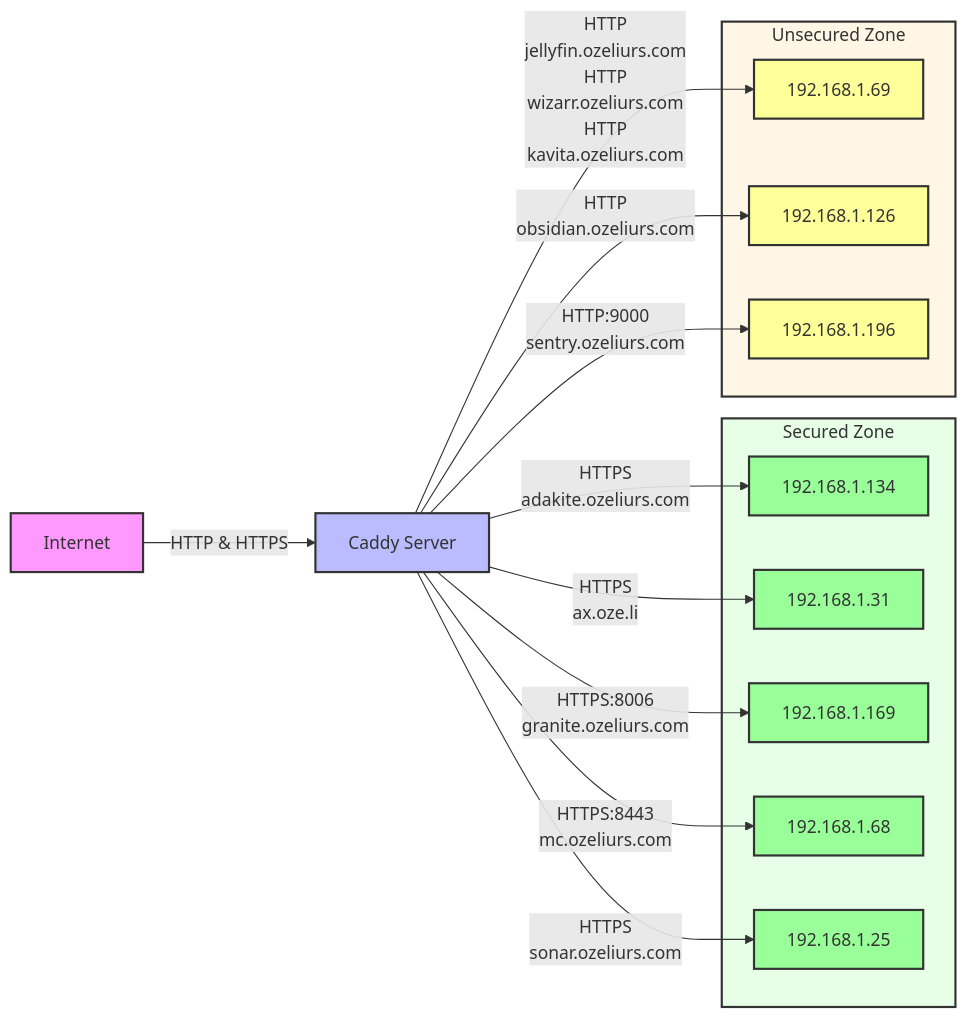
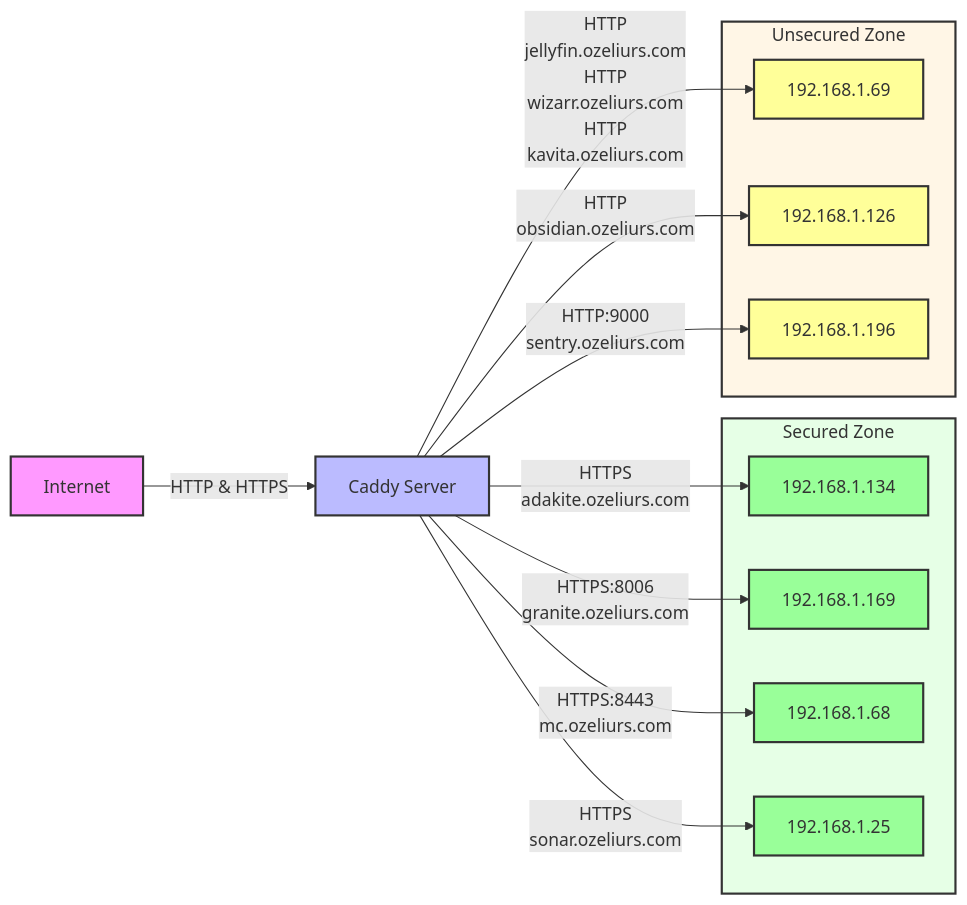
Before and after one commit to ozeliurs/dc-reverse-proxy-config: the diagram in README.md, drawn with Mermaid. The commit also changed 1 other file, not shown here.

Commit message:
Generate and update Caddyfile and Mermaid diagram

````diff
--- a/README.md
+++ b/README.md
@@ -34,54 +34,51 @@
 ```mermaid
 graph LR
     %% Style definitions
     classDef internet fill:#f9f,stroke:#333,stroke-width:2px;
     classDef proxy fill:#bbf,stroke:#333,stroke-width:2px;
     classDef backend fill:#bfb,stroke:#333,stroke-width:2px;
     classDef secure fill:#9f9,stroke:#333,stroke-width:2px;
     classDef unsecure fill:#ff9,stroke:#333,stroke-width:2px;
 
     %% Nodes
     I[Internet]
     C[Caddy Server]
 
     %% Apply styles
     class I internet
     class C proxy
 
     %% Base connections
     I -->|HTTP & HTTPS| C
 
     %% Backend groups
     subgraph Secured[Secured Zone]
         style Secured fill:#e6ffe6,stroke:#333,stroke-width:2px
         S0[192.168.1.134]
         class S0 secure
-        S1[192.168.1.31]
+        S1[192.168.1.169]
         class S1 secure
-        S2[192.168.1.169]
+        S2[192.168.1.68]
         class S2 secure
-        S3[192.168.1.68]
+        S3[192.168.1.25]
         class S3 secure
-        S4[192.168.1.25]
-        class S4 secure
     end
 
     subgraph Unsecured[Unsecured Zone]
         style Unsecured fill:#fff6e6,stroke:#333,stroke-width:2px
         U0[192.168.1.69]
         class U0 unsecure
         U1[192.168.1.126]
         class U1 unsecure
         U2[192.168.1.196]
         class U2 unsecure
     end
 
     C -->|HTTPS<br>adakite.ozeliurs.com| S0
-    C -->|HTTPS<br>ax.oze.li| S1
     C -->|HTTP<br>jellyfin.ozeliurs.com<br>HTTP<br>wizarr.ozeliurs.com<br>HTTP<br>kavita.ozeliurs.com| U0
-    C -->|HTTPS:8006<br>granite.ozeliurs.com| S2
-    C -->|HTTPS:8443<br>mc.ozeliurs.com| S3
+    C -->|HTTPS:8006<br>granite.ozeliurs.com| S1
+    C -->|HTTPS:8443<br>mc.ozeliurs.com| S2
     C -->|HTTP<br>obsidian.ozeliurs.com| U1
     C -->|HTTP:9000<br>sentry.ozeliurs.com| U2
-    C -->|HTTPS<br>sonar.ozeliurs.com| S4
+    C -->|HTTPS<br>sonar.ozeliurs.com| S3
 ```
````
